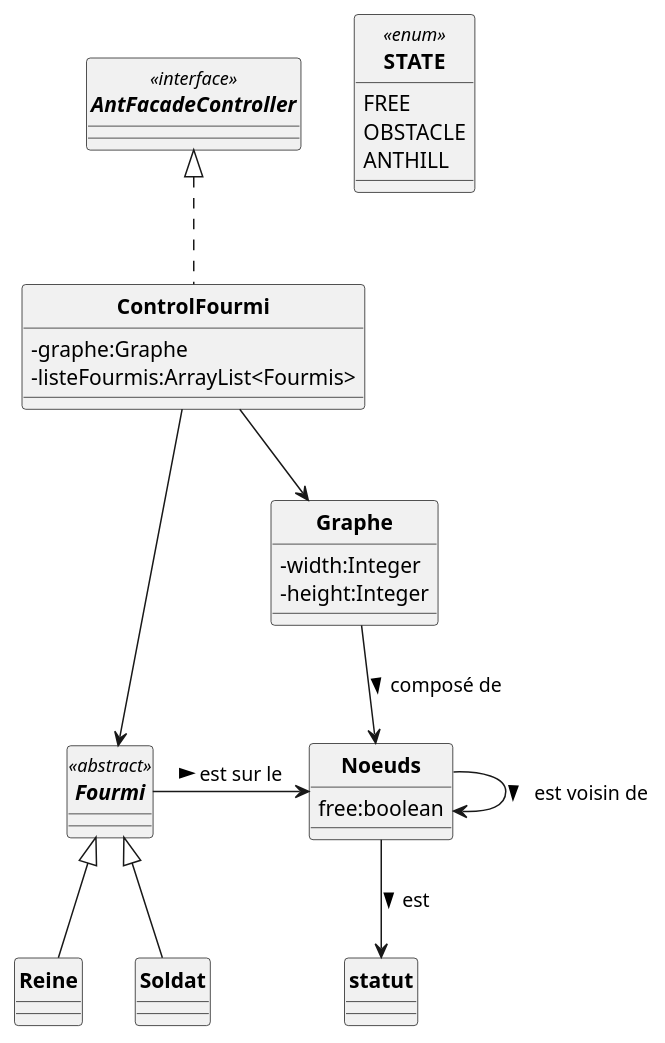
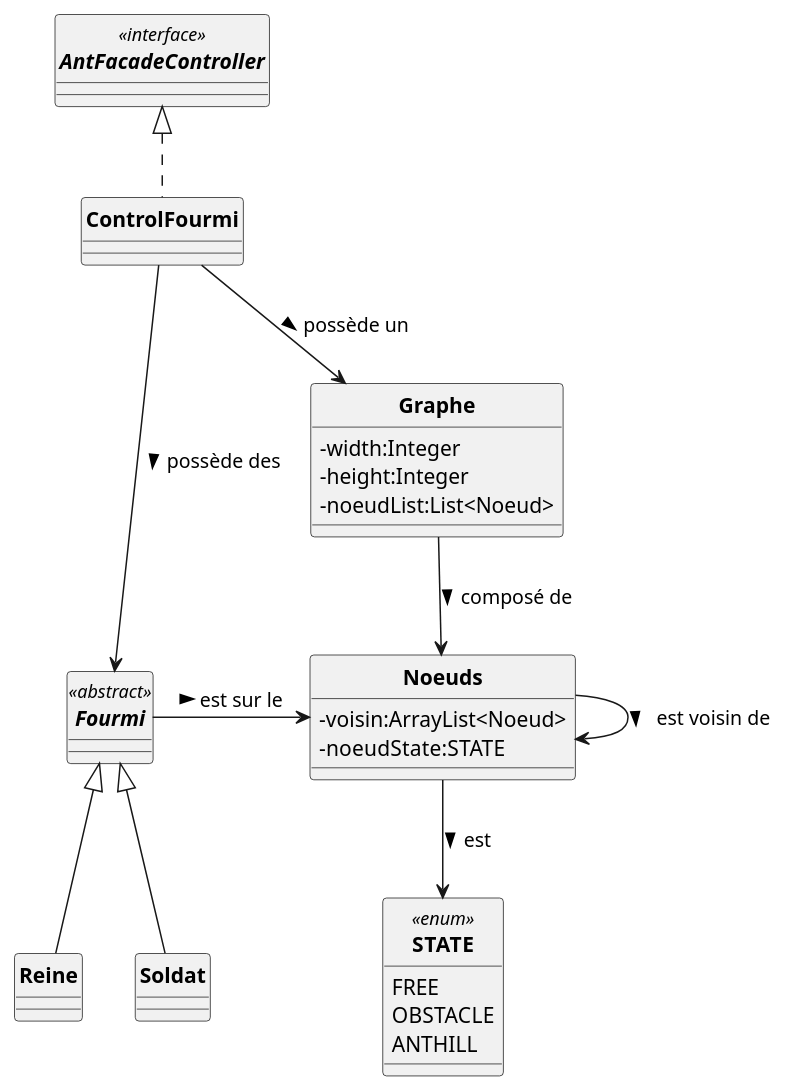
The diagram in src/main/uml/Fourmis_DCa.puml (ErenMustafaGit/ColonieFourmis), drawn with PlantUML before and after one commit.

Commit message:
Modification du digramme d'analyse

```diff
--- a/src/main/uml/Fourmis_DCa.puml
+++ b/src/main/uml/Fourmis_DCa.puml
@@ -1,50 +1,54 @@
 @startuml
 'https://plantuml.com/sequence-diagram
 skinparam style strictuml
 skinparam classAttributeIconSize 0
 skinparam circledCharacterRadius 0
 skinparam circledCharacterFontSize 0
 skinparam classFontStyle Bold
 'autonumber
 
 interface AntFacadeController<<interface>>{
 
 }
 
 enum STATE <<enum>> {
     FREE
     OBSTACLE
     ANTHILL
 }
 
 
 class Graphe {
      -width:Integer
      -height:Integer
+     -noeudList:List<Noeud>
 }
 class Noeuds{
-free:boolean
+    -voisin:ArrayList<Noeud>
+    -noeudState:STATE
 }
 
 abstract Fourmi <<abstract>>{
 
 }
 
 class Reine extends Fourmi{
+
 }
+
 class Soldat extends Fourmi{
+
 }
 
 class ControlFourmi implements AntFacadeController{
-    -graphe:Graphe
-    -listeFourmis:ArrayList<Fourmis>
+
 }
 
 Noeuds -> Noeuds : est voisin de >
-ControlFourmi --> Graphe
-ControlFourmi ---> Fourmi
+ControlFourmi --> Graphe : possède un >
+ControlFourmi ---> Fourmi : possède des >
 Graphe --> Noeuds : composé de >
 Fourmi  -> Noeuds : est sur le >
-Noeuds -->  statut : est >
+Noeuds -->  STATE : est >
 
 @enduml
```
